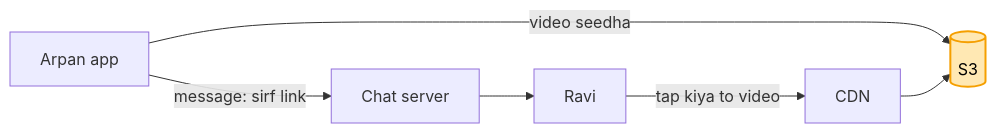
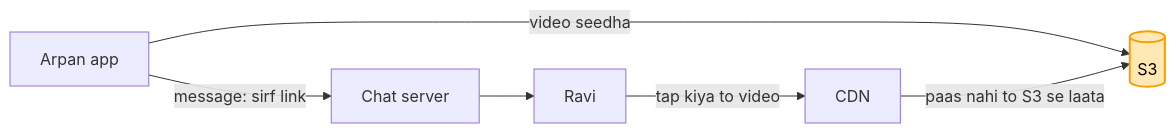
Before and after one commit to ArpanMaheshwari144/Prep: the tenth of 11 diagrams in 04_HLD/SYSTEM_DESIGNS/14_chat_messaging/14_chat_messaging.md, drawn with Mermaid.

Commit message:
chat: CDN -> S3 teer pe label 'paas nahi to S3 se laata'

````diff
--- a/04_HLD/SYSTEM_DESIGNS/14_chat_messaging/14_chat_messaging.md
+++ b/04_HLD/SYSTEM_DESIGNS/14_chat_messaging/14_chat_messaging.md
@@ -414,8 +414,8 @@
 ```mermaid
 flowchart LR
     A["Arpan app"] -- "video seedha" --> S3[("S3")]
     A -- "message: sirf link" --> S["Chat server"] --> RV["Ravi"]
     RV -- "tap kiya to video" --> CDN["CDN"]
-    CDN --> S3
+    CDN -- "paas nahi to S3 se laata" --> S3
     style S3 fill:#ffe8b3,stroke:#f59f00,stroke-width:2px,color:#000
 ```
````
